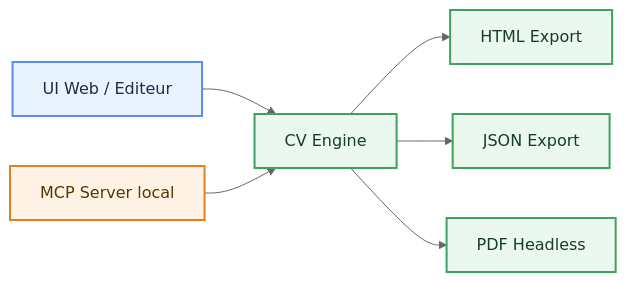
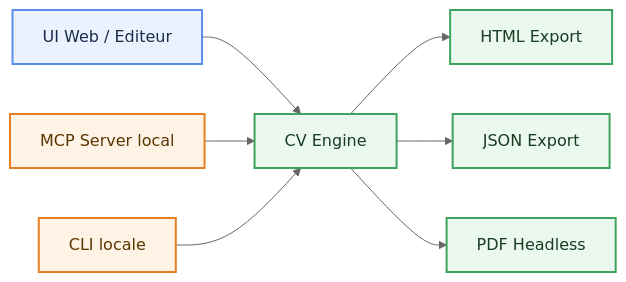
The first of 8 diagrams in APPLICATION_ARCHITECTURE_CV_GENERATOR.md (ClementV78/cv-generator-mcp), drawn with Mermaid (neutral theme) before and after one commit. The commit also changed other lines of this file and 5 other files, not shown here.

Commit message:
feat: add MCP-aligned CLI and refresh docs/help

````diff
--- a/APPLICATION_ARCHITECTURE_CV_GENERATOR.md
+++ b/APPLICATION_ARCHITECTURE_CV_GENERATOR.md
@@ -33,23 +35,25 @@
 ```mermaid
 flowchart LR
     UI[UI Web / Editeur]
     ENGINE[CV Engine]
     MCP[MCP Server local]
+    CLI[CLI locale]
     PDF[PDF Headless]
     HTML[HTML Export]
     JSON[JSON Export]
 
     UI --> ENGINE
     MCP --> ENGINE
+    CLI --> ENGINE
     ENGINE --> HTML
     ENGINE --> JSON
     ENGINE --> PDF
 
     classDef ui fill:#EAF2FF,stroke:#5B8DEF,color:#1A2D4A,stroke-width:2px;
     classDef engine fill:#EBF8EF,stroke:#3DA35D,color:#183D22,stroke-width:2px;
     classDef infra fill:#FFF3E6,stroke:#E67E22,color:#5A3600,stroke-width:2px;
 
     class UI ui;
     class ENGINE,HTML,JSON,PDF engine;
-    class MCP infra;
+    class MCP,CLI infra;
 ```
````
